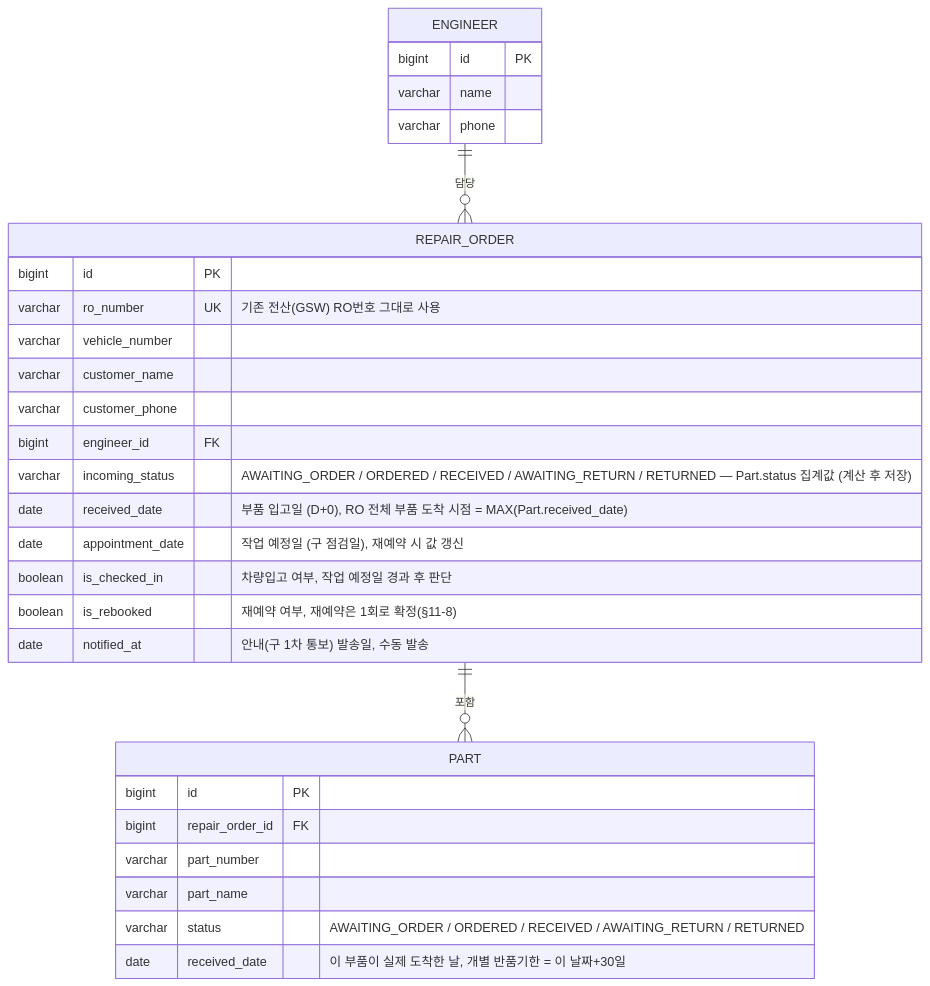
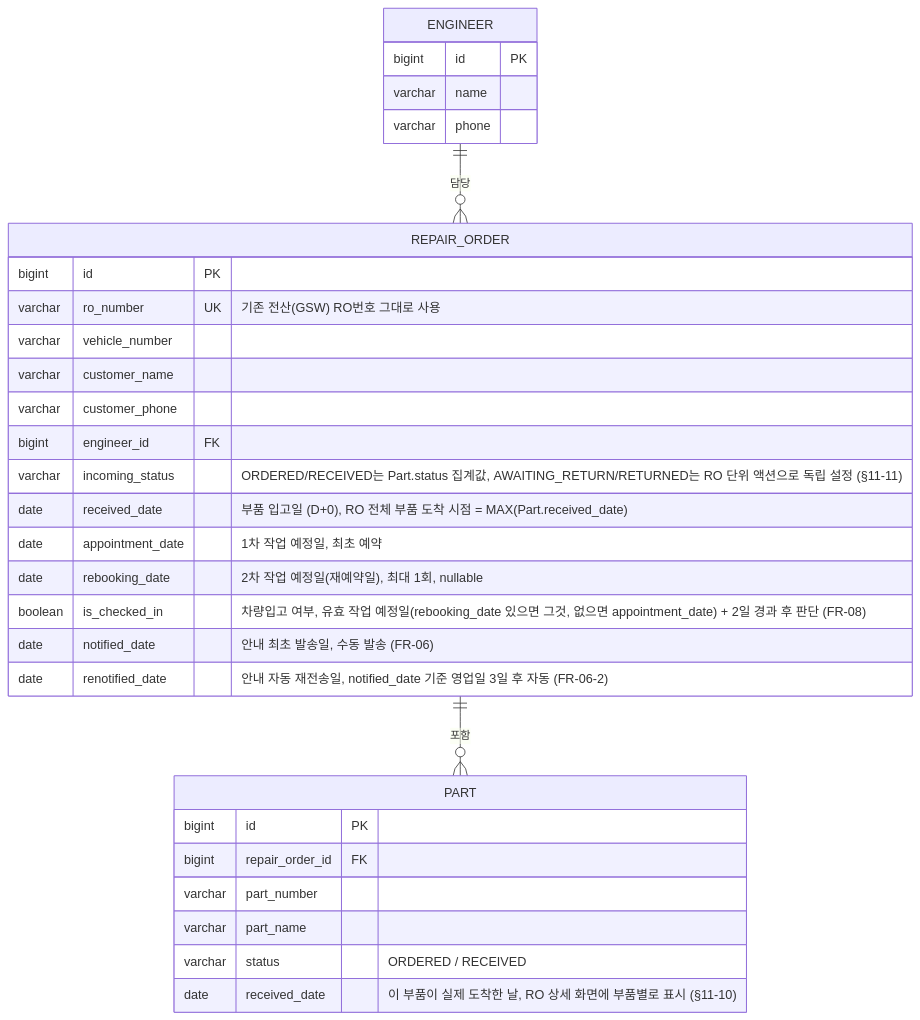
One commit to hyunbin7664/bh-tracker changed the diagram in docs/ERD.md. Above: the diagram before and after it, drawn with Mermaid. The commit also changed other lines of this file and 2 other files, not shown here.

````diff
--- a/docs/ERD.md
+++ b/docs/ERD.md
@@ -6,35 +8,36 @@
 ```mermaid
 erDiagram
     ENGINEER ||--o{ REPAIR_ORDER : "담당"
     REPAIR_ORDER ||--o{ PART : "포함"
 
     ENGINEER {
         bigint id PK
         varchar name
         varchar phone
     }
 
     REPAIR_ORDER {
         bigint id PK
         varchar ro_number UK "기존 전산(GSW) RO번호 그대로 사용"
         varchar vehicle_number
         varchar customer_name
         varchar customer_phone
         bigint engineer_id FK
-        varchar incoming_status "AWAITING_ORDER / ORDERED / RECEIVED / AWAITING_RETURN / RETURNED — Part.status 집계값 (계산 후 저장)"
+        varchar incoming_status "ORDERED/RECEIVED는 Part.status 집계값, AWAITING_RETURN/RETURNED는 RO 단위 액션으로 독립 설정 (§11-11)"
         date received_date "부품 입고일 (D+0), RO 전체 부품 도착 시점 = MAX(Part.received_date)"
-        date appointment_date "작업 예정일 (구 점검일), 재예약 시 값 갱신"
-        boolean is_checked_in "차량입고 여부, 작업 예정일 경과 후 판단"
-        boolean is_rebooked "재예약 여부, 재예약은 1회로 확정(§11-8)"
-        date notified_at "안내(구 1차 통보) 발송일, 수동 발송"
+        date appointment_date "1차 작업 예정일, 최초 예약"
+        date rebooking_date "2차 작업 예정일(재예약일), 최대 1회, nullable"
+        boolean is_checked_in "차량입고 여부, 유효 작업 예정일(rebooking_date 있으면 그것, 없으면 appointment_date) + 2일 경과 후 판단 (FR-08)"
+        date notified_date "안내 최초 발송일, 수동 발송 (FR-06)"
+        date renotified_date "안내 자동 재전송일, notified_date 기준 영업일 3일 후 자동 (FR-06-2)"
     }
 
     PART {
         bigint id PK
         bigint repair_order_id FK
         varchar part_number
         varchar part_name
-        varchar status "AWAITING_ORDER / ORDERED / RECEIVED / AWAITING_RETURN / RETURNED"
-        date received_date "이 부품이 실제 도착한 날, 개별 반품기한 = 이 날짜+30일"
+        varchar status "ORDERED / RECEIVED"
+        date received_date "이 부품이 실제 도착한 날, RO 상세 화면에 부품별로 표시 (§11-10)"
     }
 ```
````
